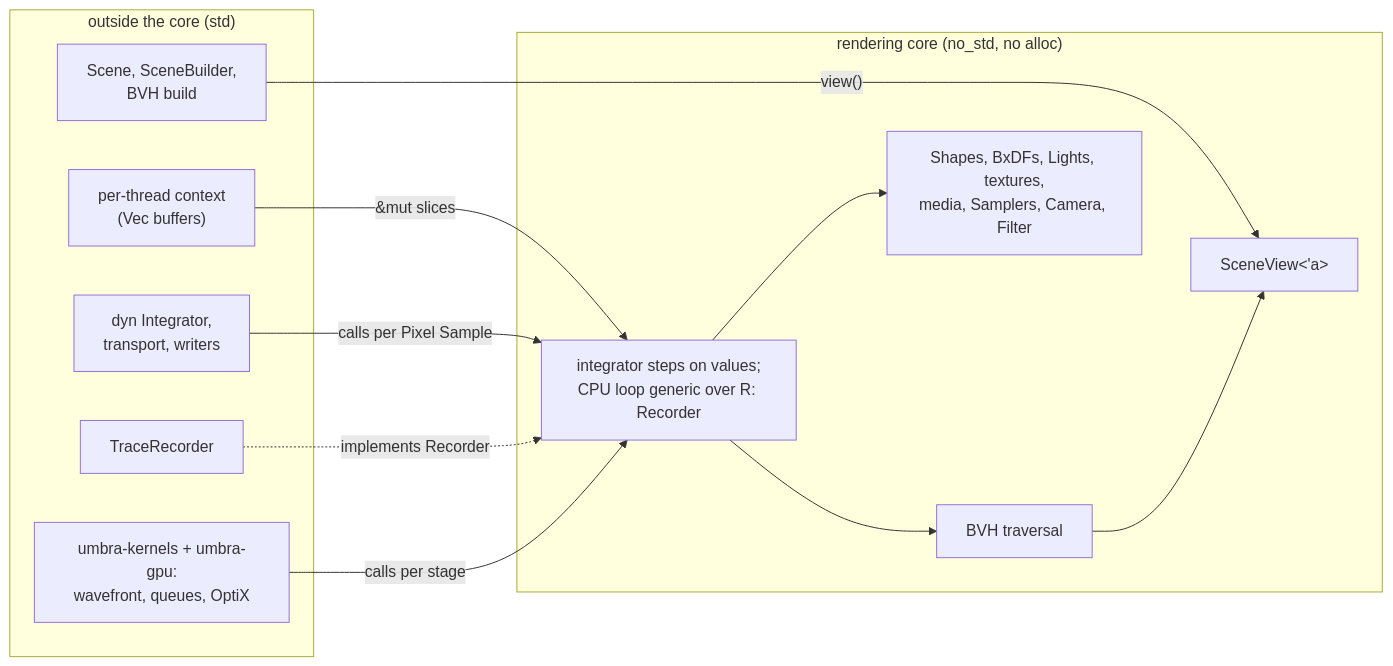
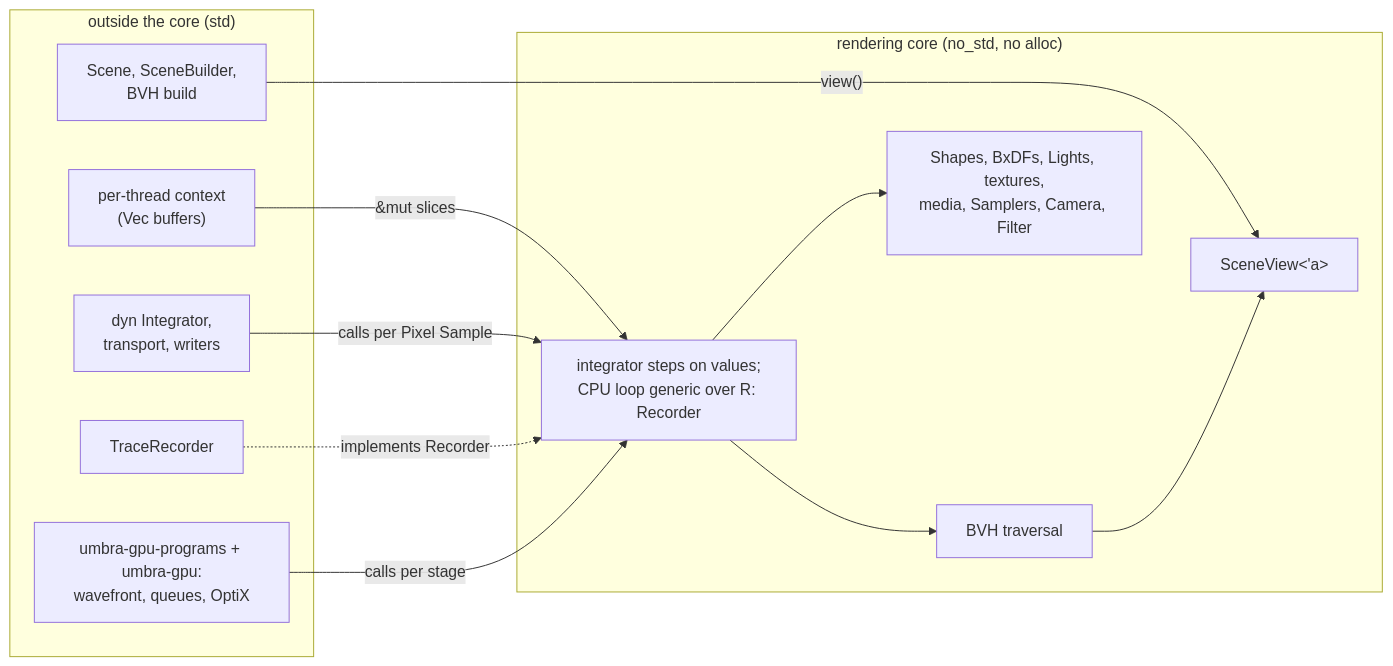
One commit to sergioffpc/umbra changed the tenth of 11 diagrams in docs/architecture/08-crosscutting-concepts.md. Above: the diagram before and after it, drawn with Mermaid. The commit also changed other lines of this file and 70 other files, not shown here.

First line of the commit message:
refactor!: split the renderer into umbra-render, umbra-cpu and umbra-gpu

````diff
--- a/docs/architecture/08-crosscutting-concepts.md
+++ b/docs/architecture/08-crosscutting-concepts.md
@@ -299,24 +299,24 @@
 ```mermaid
 flowchart LR
     subgraph host["outside the core (std)"]
         S["Scene, SceneBuilder,<br/>BVH build"]
         T["per-thread context<br/>(Vec buffers)"]
         I["dyn Integrator,<br/>transport, writers"]
         R["TraceRecorder"]
-        G["umbra-kernels + umbra-gpu:<br/>wavefront, queues, OptiX"]
+        G["umbra-gpu-programs + umbra-gpu:<br/>wavefront, queues, OptiX"]
     end
     subgraph core["rendering core (no_std, no alloc)"]
         V["SceneView&lt;'a&gt;"]
         K["Shapes, BxDFs, Lights, textures,<br/>media, Samplers, Camera, Filter"]
         B["BVH traversal"]
         P["integrator steps on values;<br/>CPU loop generic over R: Recorder"]
     end
     S -->|"view()"| V
     T -->|"&mut slices"| P
     I -->|"calls per Pixel Sample"| P
     R -.->|"implements Recorder"| P
     G -->|"calls per stage"| P
     P --> K
     P --> B
     B --> V
 ```
````
